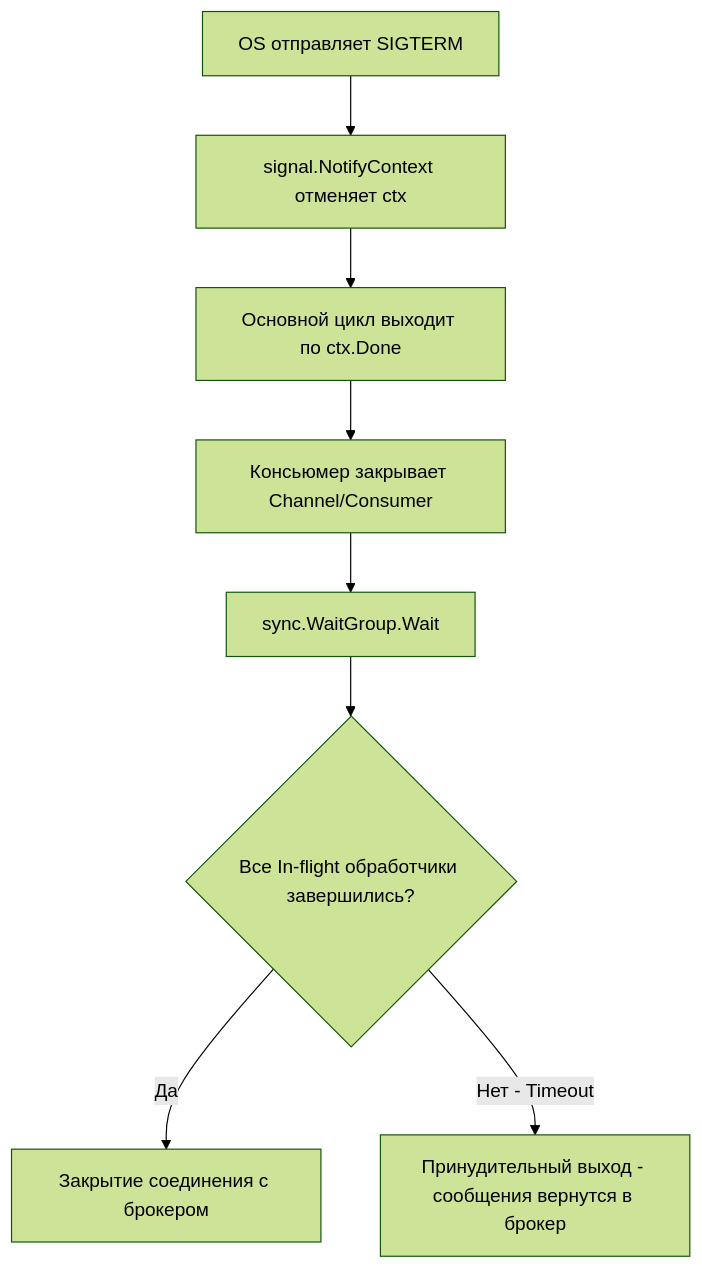
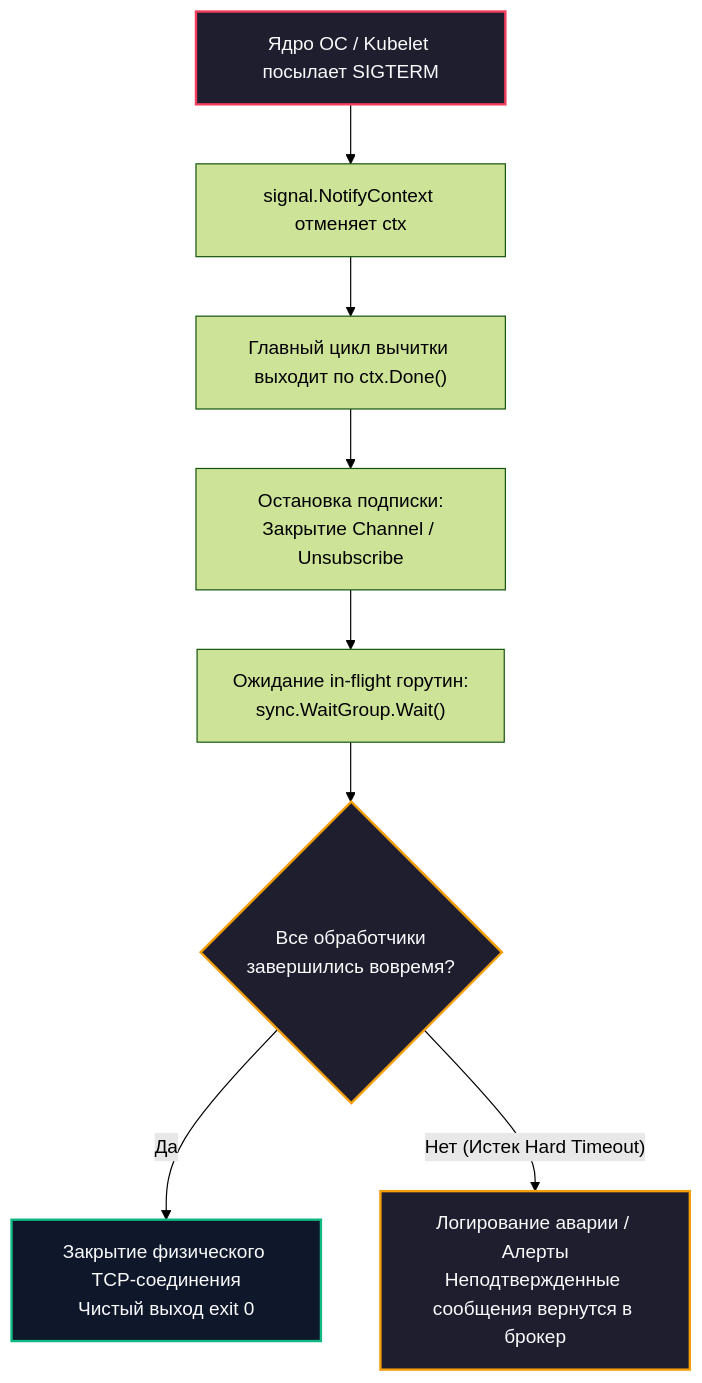
Before and after one commit to UnrealTemplier/go-textbook: the first of 2 diagrams in sources/13. Очереди, брокеры сообщений и оркестраторы/07. Практика/2. Консьюмеры и graceful shutdown.md, drawn with Mermaid (forest theme). The commit also changed other lines of this file, not shown here.

````diff
--- a/sources/13. Очереди, брокеры сообщений и оркестраторы/07. Практика/2. Консьюмеры и graceful shutdown.md
+++ b/sources/13. Очереди, брокеры сообщений и оркестраторы/07. Практика/2. Консьюмеры и graceful shutdown.md
@@ -18,10 +32,17 @@
 ```mermaid
 flowchart TD
-    A["OS отправляет SIGTERM"] --> B["signal.NotifyContext отменяет ctx"]
-    B --> C["Основной цикл выходит по ctx.Done"]
-    C --> D["Консьюмер закрывает Channel/Consumer"]
-    D --> E["sync.WaitGroup.Wait"]
-    E --> F{"Все In-flight обработчики завершились?"}
-    F -->|"Да"| G["Закрытие соединения с брокером"]
-    F -->|"Нет - Timeout"| H["Принудительный выход - сообщения вернутся в брокер"]
+    A["Ядро ОС / Kubelet посылает SIGTERM"] --> B["signal.NotifyContext отменяет ctx"]
+    B --> C["Главный цикл вычитки выходит по ctx.Done()"]
+    C --> D["Остановка подписки:<br>Закрытие Channel / Unsubscribe"]
+    D --> E["Ожидание in-flight горутин:<br>sync.WaitGroup.Wait()"]
+    E --> F{"Все обработчики<br>завершились вовремя?"}
+    F -->|"Да"| G["Закрытие физического TCP-соединения<br>Чистый выход exit 0"]
+    F -->|"Нет (Истек Hard Timeout)"| H["Логирование аварии / Алерты<br>Неподтвержденные сообщения вернутся в брокер"]
+
+    classDef ok fill:#0f172a,stroke:#10b981,stroke-width:2px,color:#f8fafc;
+    classDef warn fill:#1e1e2e,stroke:#f59e0b,stroke-width:2px,color:#f8fafc;
+    classDef err fill:#1e1e2e,stroke:#f43f5e,stroke-width:2px,color:#f8fafc;
+    class G ok;
+    class F,H warn;
+    class A err;
 ```
````
